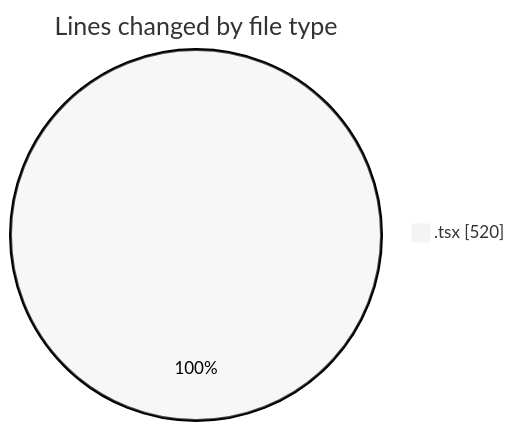
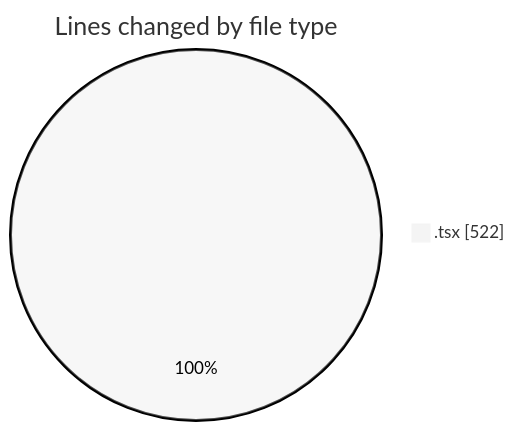
The first of 2 diagrams in 2026-02-23/nxtqube_webapp/README.md (nxtqubesakshisongat/code-tracking), drawn with Mermaid (neutral theme) before and after one commit. The commit also changed other lines of this file and 1 other file, not shown here.

````diff
--- a/2026-02-23/nxtqube_webapp/README.md
+++ b/2026-02-23/nxtqube_webapp/README.md
@@ -21,5 +21,5 @@
 ```mermaid
 pie showData
 title Lines changed by file type
-".tsx" : 520
+".tsx" : 522
 ```
````
